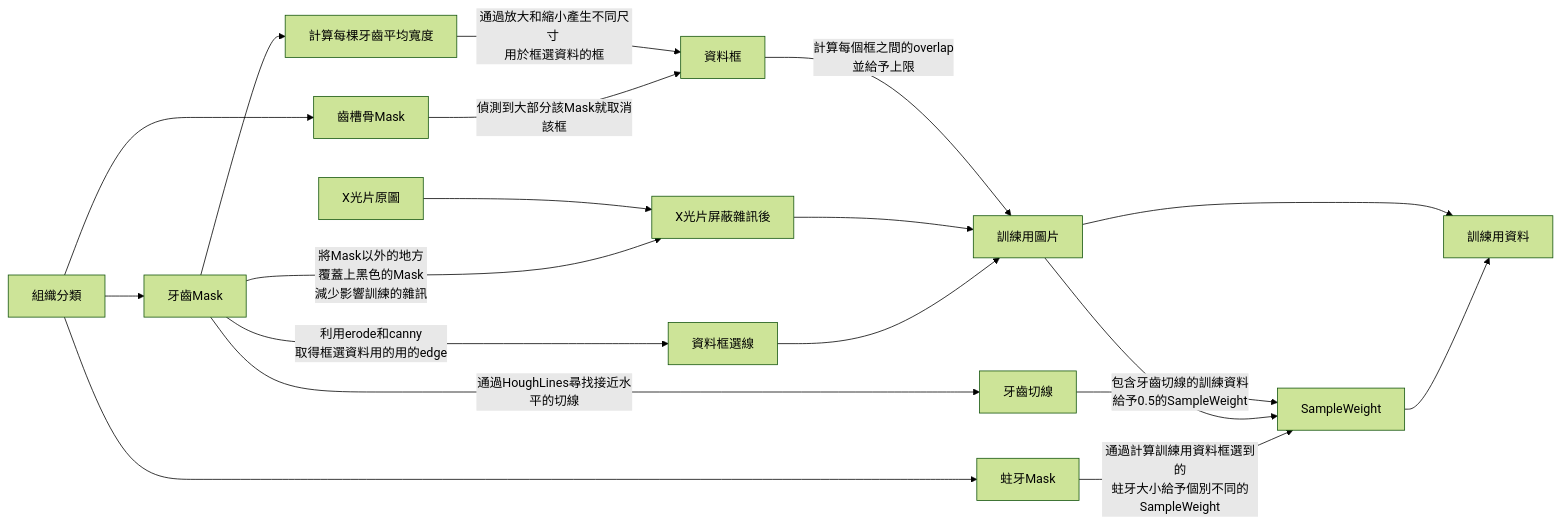
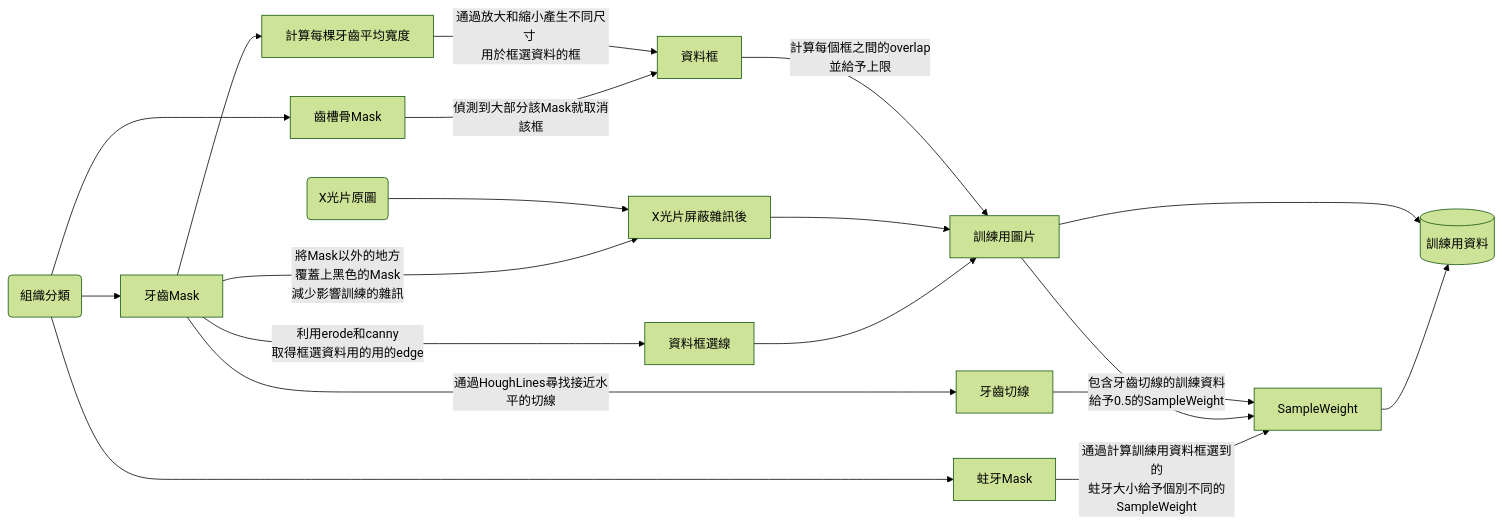
The diagram in Edge Frame Detection/README.md (JasonYeongg/CariesDetection), drawn with Mermaid (forest theme) before and after one commit.

````diff
--- a/Edge Frame Detection/README.md
+++ b/Edge Frame Detection/README.md
@@ -63,21 +63,21 @@
 ```mermaid
 flowchart LR
-A[X光片原圖] --> F[X光片屏蔽雜訊後]
-B[組織分類] --> C[牙齒Mask]
+A(X光片原圖) --> F[X光片屏蔽雜訊後]
+B(組織分類) --> C[牙齒Mask]
 B --> D[蛀牙Mask]
 B --> E[齒槽骨Mask]
 C --> G[計算每棵牙齒平均寬度]
 C -->|將Mask以外的地方 \n覆蓋上黑色的Mask \n減少影響訓練的雜訊| F
 C -->|利用erode和canny \n取得框選資料用的用的edge| H[資料框選線]
 G -->|通過放大和縮小產生不同尺寸 \n用於框選資料的框| I[資料框]
 E -->|偵測到大部分該Mask就取消該框| I
 I -->|計算每個框之間的overlap\n並給予上限| J[訓練用圖片]
 F --> J
 H --> J
 C -->|通過HoughLines尋找接近水平的切線| K[牙齒切線]
 K -->|包含牙齒切線的訓練資料\n給予0.5的SampleWeight| L[SampleWeight]
 J --> L
 D -->|通過計算訓練用資料框選到的\n蛀牙大小給予個別不同的SampleWeight| L
-J --> M[訓練用資料]
+J --> M[(訓練用資料)]
 L --> M
 ```
````
